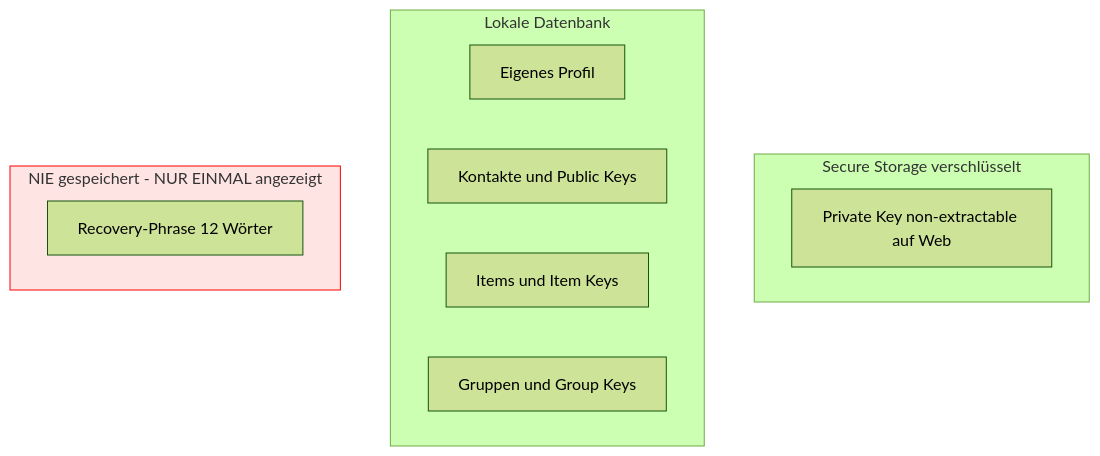
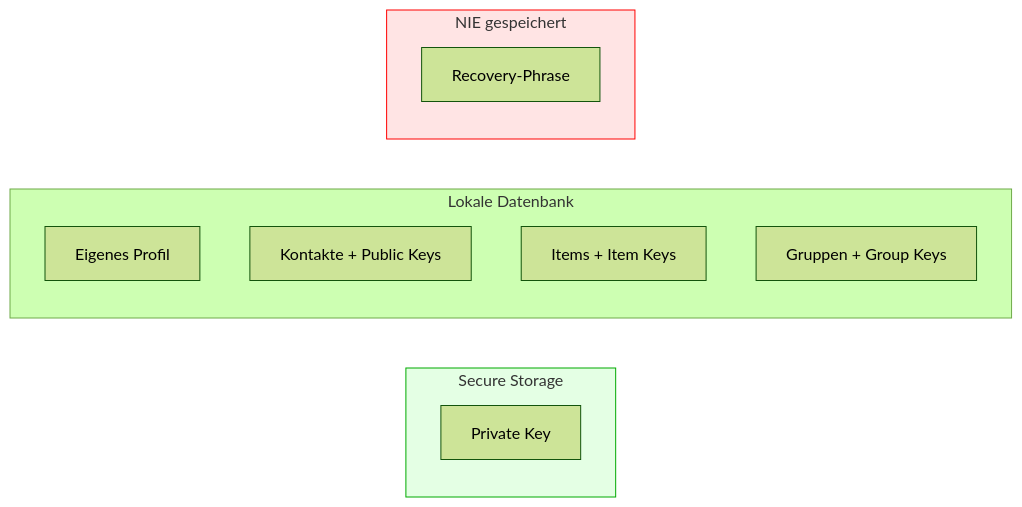
Before and after one commit to antontranelis/web-of-trust-concept: the fourth of 7 diagrams in 01-onboarding-technisch-flow.md, drawn with Mermaid (forest theme). The commit also changed other lines of this file, not shown here.

````diff
--- a/01-onboarding-technisch-flow.md
+++ b/01-onboarding-technisch-flow.md
@@ -320,19 +288,20 @@
 ```mermaid
-flowchart TD
-    subgraph SecureStorage["Secure Storage verschlüsselt"]
-        PrivKey["Private Key non-extractable auf Web"]
+flowchart LR
+    subgraph SecureStorage["Secure Storage"]
+        PrivKey["Private Key"]
     end
     
     subgraph LocalDB["Lokale Datenbank"]
         Profile["Eigenes Profil"]
-        Contacts["Kontakte und Public Keys"]
-        Items["Items und Item Keys"]
-        Groups["Gruppen und Group Keys"]
+        Contacts["Kontakte + Public Keys"]
+        Items["Items + Item Keys"]
+        Groups["Gruppen + Group Keys"]
     end
     
-    subgraph NeverStored["NIE gespeichert - NUR EINMAL angezeigt"]
-        Mnemonic["Recovery-Phrase 12 Wörter"]
+    subgraph NeverStored["NIE gespeichert"]
+        Mnemonic["Recovery-Phrase"]
     end
     
     style NeverStored fill:#FFE4E4,stroke:#FF0000
+    style SecureStorage fill:#E4FFE4,stroke:#00AA00
 ```
````
